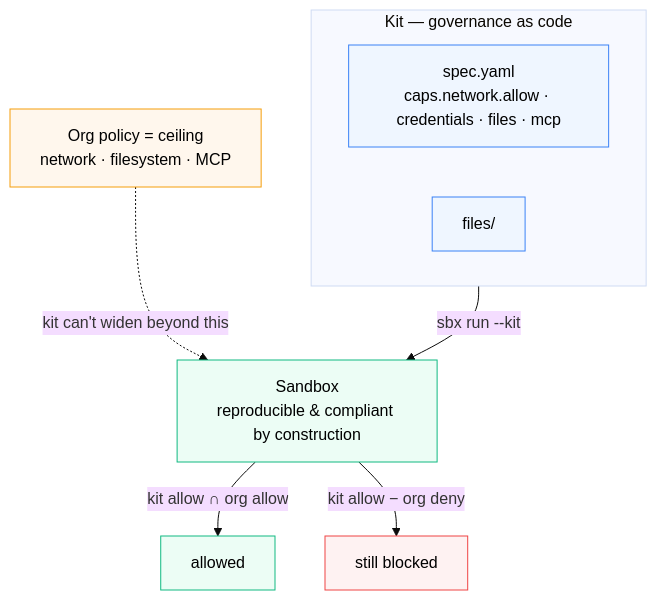
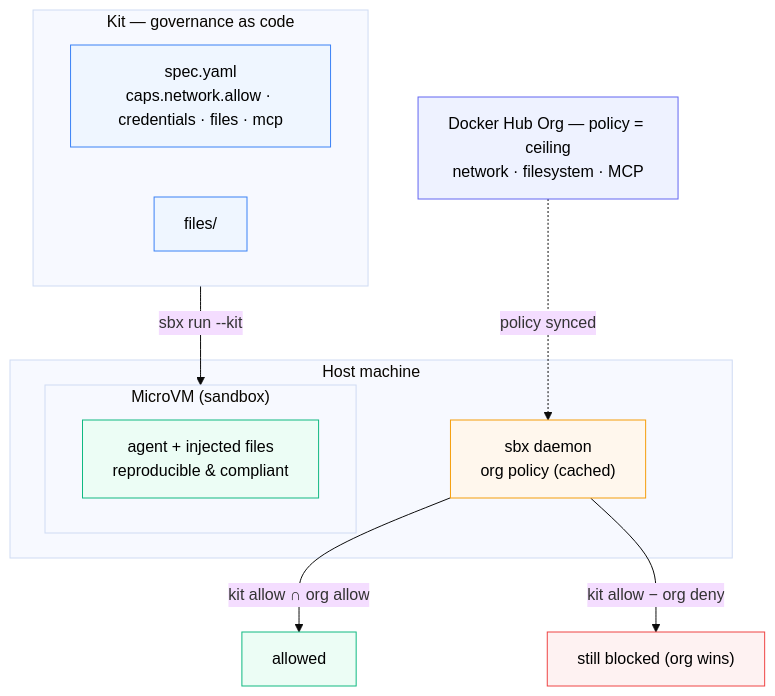
One commit to ajeetraina/labspace-docker-ai-governance changed the diagram in labspace/14-sandbox-kits.md. Above: the diagram before and after it, drawn with Mermaid (base theme). The commit also changed 6 other files, not shown here.

First line of the commit message:
Frame kit diagrams with Host machine + MicroVM for visual uniformity

````diff
--- a/labspace/14-sandbox-kits.md
+++ b/labspace/14-sandbox-kits.md
@@ -3,21 +3,29 @@
 ```mermaid
 flowchart TB
+    HUB["Docker Hub Org — policy = ceiling<br/>network · filesystem · MCP"]
     subgraph KIT["Kit — governance as code"]
         SPEC["spec.yaml<br/>caps.network.allow · credentials · files · mcp"]
         FILES["files/"]
     end
-    KIT -- "sbx run --kit" --> VM["Sandbox<br/>reproducible & compliant by construction"]
-    CEIL["Org policy = ceiling<br/>network · filesystem · MCP"]
-    CEIL -. "kit can't widen beyond this" .-> VM
-    VM -->|"kit allow ∩ org allow"| OK["allowed"]
-    VM -->|"kit allow − org deny"| BLOCK["still blocked"]
+    subgraph HOST["Host machine"]
+        DAEMON["sbx daemon<br/>org policy (cached)"]
+        subgraph VM["MicroVM (sandbox)"]
+            AGENT["agent + injected files<br/>reproducible & compliant"]
+        end
+    end
+    KIT -- "sbx run --kit" --> VM
+    HUB -. "policy synced" .-> DAEMON
+    DAEMON -->|"kit allow ∩ org allow"| OK["allowed"]
+    DAEMON -->|"kit allow − org deny"| BLOCK["still blocked (org wins)"]
 
+    classDef hub fill:#eef2ff,stroke:#6366f1,color:#000
     classDef kit fill:#eff6ff,stroke:#3b82f6,color:#000
     classDef vm fill:#ecfdf5,stroke:#10b981,color:#000
     classDef pol fill:#fff7ed,stroke:#f59e0b,color:#000
     classDef deny fill:#fef2f2,stroke:#ef4444,color:#000
+    class HUB hub
     class SPEC,FILES kit
-    class VM,OK vm
-    class CEIL pol
+    class AGENT,OK vm
+    class DAEMON pol
     class BLOCK deny
 ```
````
